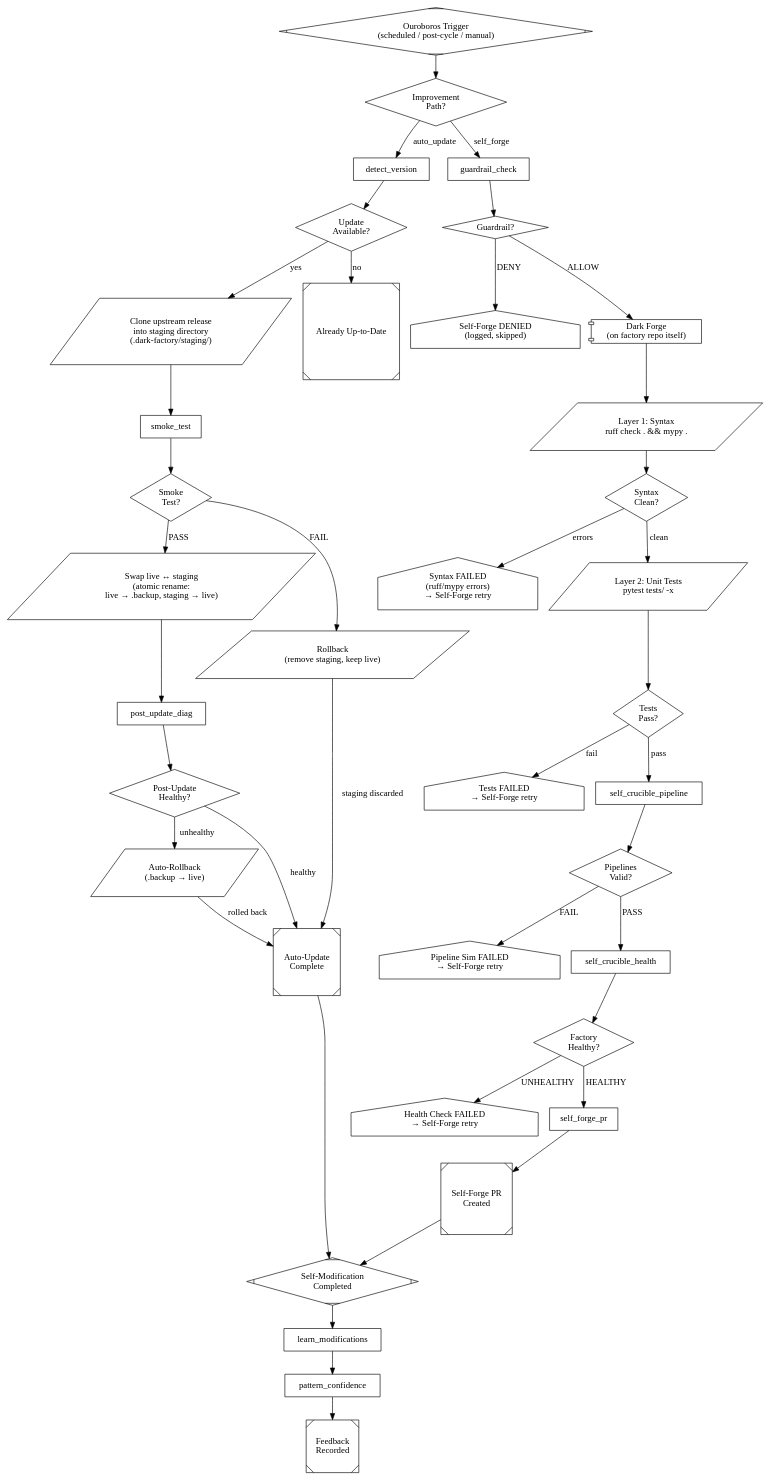
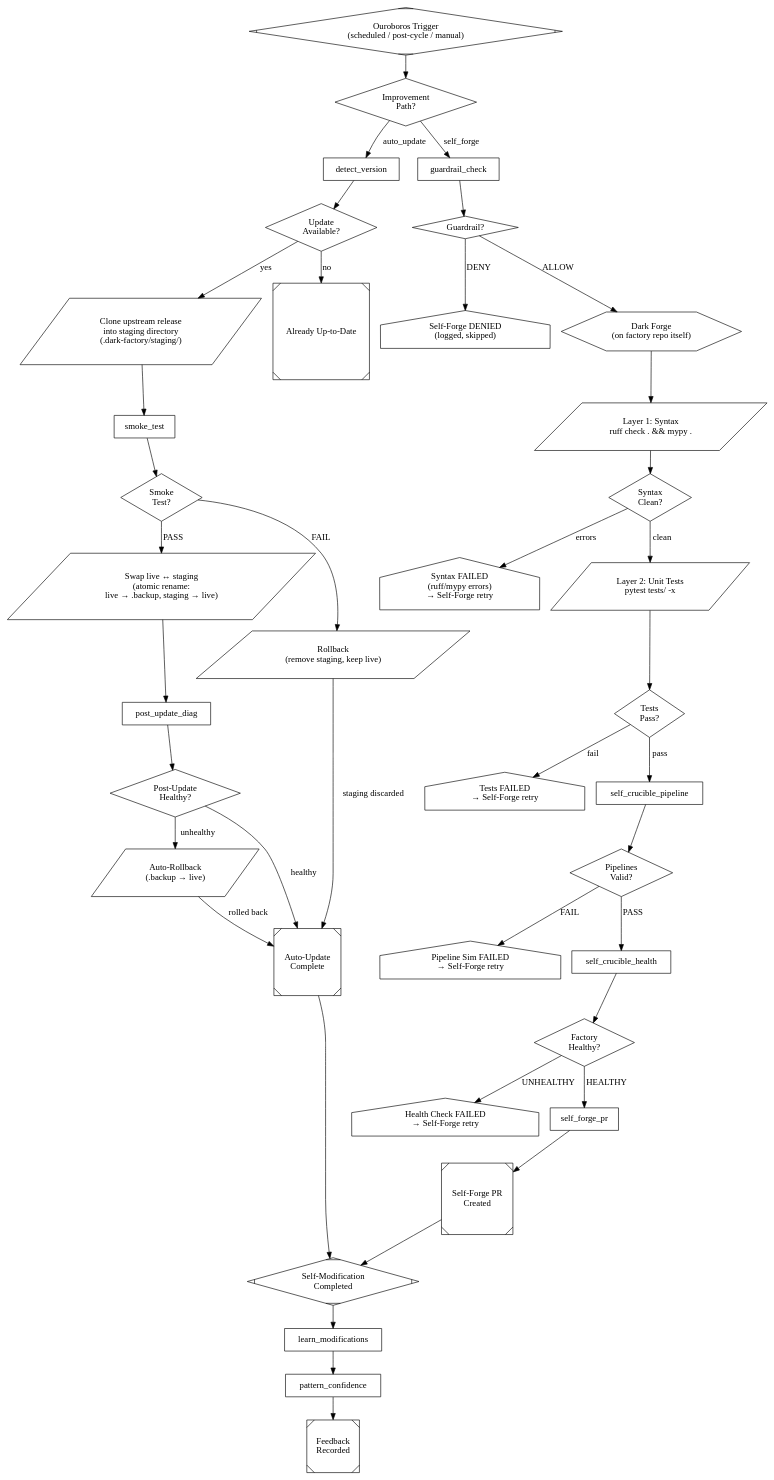
One commit to ardrodus/dark-fac changed the diagram in pipelines/ouroboros.dot. Above: the diagram before and after it, drawn with Graphviz. The commit also changed 2 other files, not shown here.

Commit message:
fix arch_review and self_forge pipeline nodes using wrong shape/handler
Three issues causing the arch_review infinite retry loop:

1. arch_review used shape=component (ParallelHandler) instead of
   shape=hexagon (ManagerHandler). The 3 outgoing conditional edges
   were treated as parallel branches, not conditional exits.
   Same fix applied to self_forge in ouroboros.dot.

2. ManagerHandler did not expand $variables in child_graph attribute.
   "arch_review_${strategy}.dot" was passed literally to Path(),
   causing file-not-found on every attempt. Now uses expand_variables()
   from the pipeline context before loading.

3. Nodes lacked max_retries, falling back to the global default of 50.
   Added max_retries=2 to prevent excessive retries on legitimate failures.

Also changed pipeline= (dead attribute, no handler reads it) to
child_graph= (read by ManagerHandler) with proper path format.
Added arch_verdict diamond node for conditional routing after review.

```diff
--- a/pipelines/ouroboros.dot
+++ b/pipelines/ouroboros.dot
@@ -120,9 +120,11 @@
 
     // --- Step 2: Dark Forge on own code ---
     self_forge [
-        shape=component,
+        shape=hexagon,
         label="Dark Forge\n(on factory repo itself)",
-        pipeline="dark_forge.dot"
+        child_graph="dark_factory/pipelines/dark_forge.dot",
+        max_iterations=2,
+        max_retries=2
     ]
 
     // --- Step 3: 4-Layer Self-Crucible ---
```
